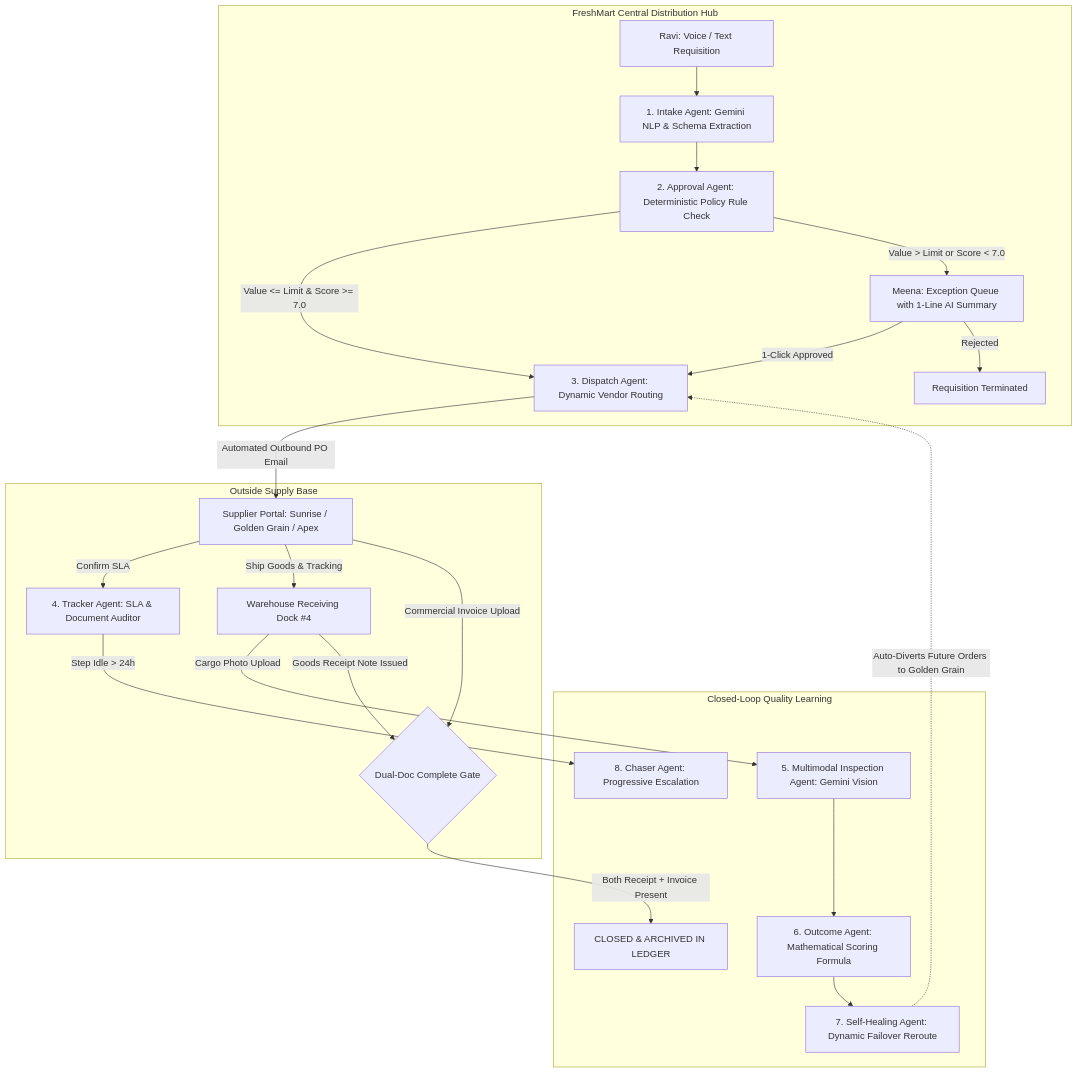
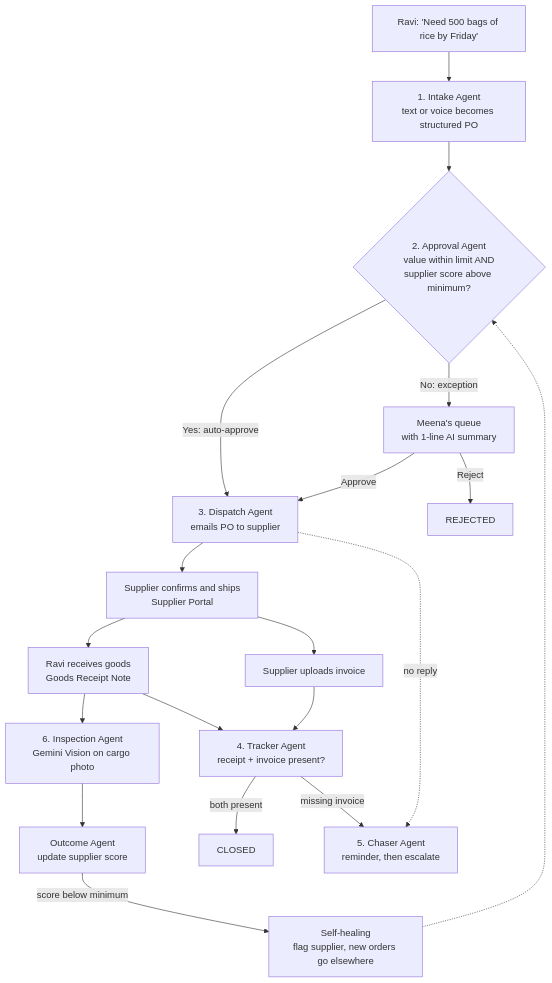
One commit to BalajiG2002/logistics-autopilot-supply changed the second of 3 diagrams in README.md. Above: the diagram before and after it, drawn with Mermaid. The commit also changed other lines of this file, not shown here.

Commit message:
docs: rewrite README with problem statement, architecture and agent walkthrough

````diff
--- a/README.md
+++ b/README.md
@@ -50,28 +141,21 @@
 ```mermaid
 flowchart TD
-    subgraph Buyer_Enterprise [FreshMart Central Distribution Hub]
-        Ravi[Ravi: Voice / Text Requisition] --> Intake[1. Intake Agent: Gemini NLP & Schema Extraction]
-        Intake --> Approval[2. Approval Agent: Deterministic Policy Rule Check]
-        Approval -->|Value <= Limit & Score >= 7.0| Dispatch[3. Dispatch Agent: Dynamic Vendor Routing]
-        Approval -->|Value > Limit or Score < 7.0| Meena[Meena: Exception Queue with 1-Line AI Summary]
-        Meena -->|1-Click Approved| Dispatch
-        Meena -->|Rejected| Denied[Requisition Terminated]
-    end
-
-    subgraph External_Suppliers [Outside Supply Base]
-        Dispatch -->|Automated Outbound PO Email| Vendor[Supplier Portal: Sunrise / Golden Grain / Apex]
-        Vendor -->|Confirm SLA| Tracker[4. Tracker Agent: SLA & Document Auditor]
-        Vendor -->|Ship Goods & Tracking| ReceivingDock[Warehouse Receiving Dock #4]
-        Vendor -->|Commercial Invoice Upload| DualDocGate{Dual-Doc Complete Gate}
-    end
-
-    subgraph Self_Healing_Loop [Closed-Loop Quality Learning]
-        ReceivingDock -->|Cargo Photo Upload| Vision[5. Multimodal Inspection Agent: Gemini Vision]
-        Vision --> Outcome[6. Outcome Agent: Mathematical Scoring Formula]
-        Outcome --> SelfHeal[7. Self-Healing Agent: Dynamic Failover Reroute]
-        SelfHeal -.->|Auto-Diverts Future Orders to Golden Grain| Dispatch
-        Tracker -->|Step Idle > 24h| Chaser[8. Chaser Agent: Progressive Escalation]
-        ReceivingDock -->|Goods Receipt Note Issued| DualDocGate
-        DualDocGate -->|Both Receipt + Invoice Present| ClosedLedger[CLOSED & ARCHIVED IN LEDGER]
-    end
+    R["Ravi: 'Need 500 bags of rice by Friday'"] --> I[1. Intake Agent<br/>text or voice becomes structured PO]
+    I --> AP{2. Approval Agent<br/>value within limit AND<br/>supplier score above minimum?}
+    AP -->|Yes: auto-approve| D[3. Dispatch Agent<br/>emails PO to supplier]
+    AP -->|No: exception| M[Meena's queue<br/>with 1-line AI summary]
+    M -->|Approve| D
+    M -->|Reject| X[REJECTED]
+    D --> S[Supplier confirms and ships<br/>Supplier Portal]
+    D -.->|no reply| C[5. Chaser Agent<br/>reminder, then escalate]
+    S --> G[Ravi receives goods<br/>Goods Receipt Note]
+    S --> INV[Supplier uploads invoice]
+    G --> V[6. Inspection Agent<br/>Gemini Vision on cargo photo]
+    V --> O[Outcome Agent<br/>update supplier score]
+    O -->|score below minimum| H[Self-healing<br/>flag supplier, new orders go elsewhere]
+    H -.-> AP
+    G --> T[4. Tracker Agent<br/>receipt + invoice present?]
+    INV --> T
+    T -->|both present| CL[CLOSED]
+    T -->|missing invoice| C
 ```
````
